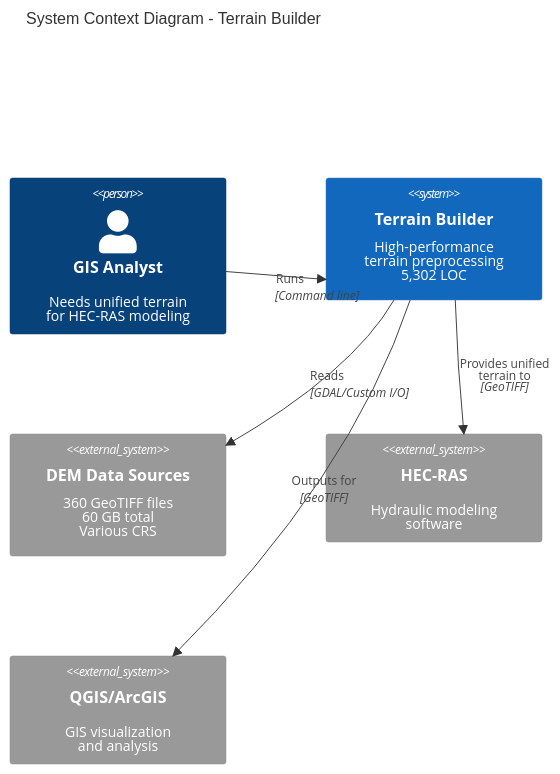
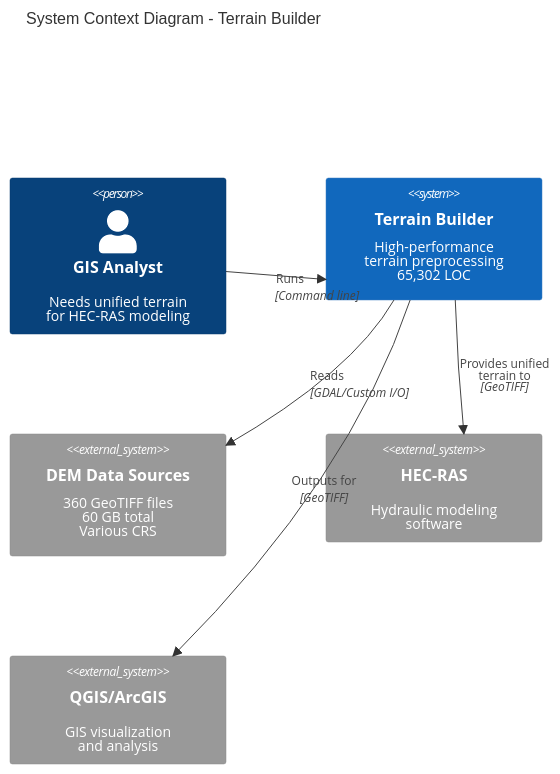
Diagram 18 of 18 in docs/overview_diagrams.md (Anmol-STRS/TerrainBuilderI-0), drawn with Mermaid before and after one commit. The commit also changed other lines of this file and 20 other files, not shown here.

````diff
--- a/docs/overview_diagrams.md
+++ b/docs/overview_diagrams.md
@@ -920,21 +881,21 @@
 ```mermaid
 C4Context
     title System Context Diagram - Terrain Builder
     
     Person(user, "GIS Analyst", "Needs unified terrain<br/>for HEC-RAS modeling")
     
-    System(terrain_builder, "Terrain Builder", "High-performance<br/>terrain preprocessing<br/>5,302 LOC")
+    System(terrain_builder, "Terrain Builder", "High-performance<br/>terrain preprocessing<br/>65,302 LOC")
     
     System_Ext(dem_sources, "DEM Data Sources", "360 GeoTIFF files<br/>60 GB total<br/>Various CRS")
     
     System_Ext(hecras, "HEC-RAS", "Hydraulic modeling<br/>software")
     
     System_Ext(qgis, "QGIS/ArcGIS", "GIS visualization<br/>and analysis")
     
     Rel(user, terrain_builder, "Runs", "Command line")
     Rel(terrain_builder, dem_sources, "Reads", "GDAL/Custom I/O")
     Rel(terrain_builder, hecras, "Provides unified<br/>terrain to", "GeoTIFF")
     Rel(terrain_builder, qgis, "Outputs for", "GeoTIFF")
     
     UpdateLayoutConfig($c4ShapeInRow="3", $c4BoundaryInRow="1")
 ```
````
